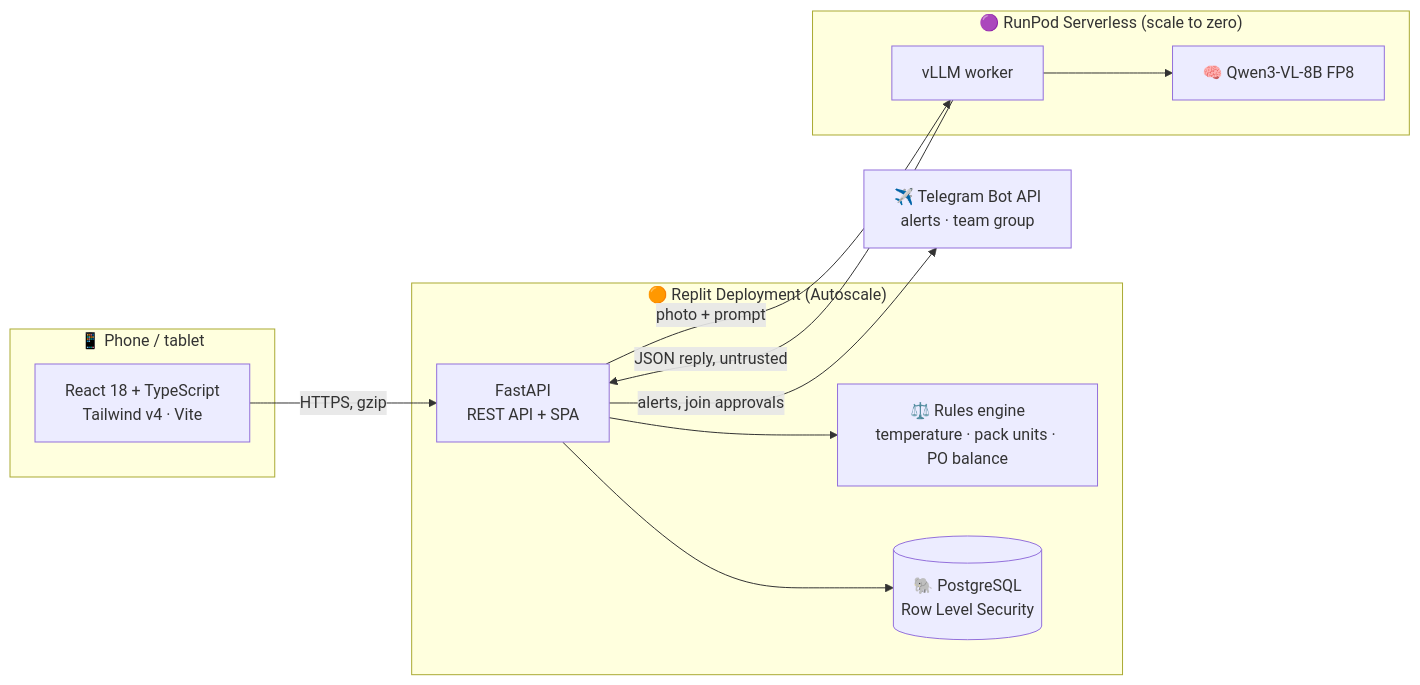
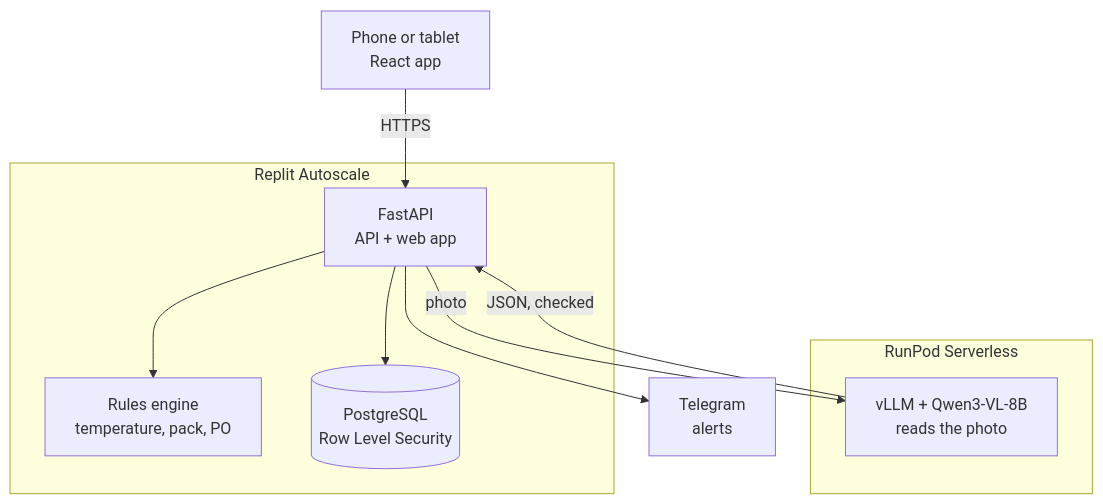
Before and after one commit to Dellrall/SOPBox: the diagram in README.md, drawn with Mermaid. The commit also changed other lines of this file, not shown here.

Commit message:
docs: README structure fits narrow screens, simpler architecture diagram, agent setup commands

````diff
--- a/README.md
+++ b/README.md
@@ -170,24 +171,20 @@
 ```mermaid
-flowchart LR
-  subgraph Client["📱 Phone / tablet"]
-    UI["React 18 + TypeScript<br/>Tailwind v4 · Vite"]
+flowchart TB
+  phone["Phone or tablet<br/>React app"]
+  subgraph replit["Replit Autoscale"]
+    api["FastAPI<br/>API + web app"]
+    rules["Rules engine<br/>temperature, pack, PO"]
+    db[("PostgreSQL<br/>Row Level Security")]
   end
-  subgraph Replit["🟠 Replit Deployment (Autoscale)"]
-    API["FastAPI<br/>REST API + SPA"]
-    RULES["⚖️ Rules engine<br/>temperature · pack units · PO balance"]
-    DB[("🐘 PostgreSQL<br/>Row Level Security")]
+  subgraph runpod["RunPod Serverless"]
+    model["vLLM + Qwen3-VL-8B<br/>reads the photo"]
   end
-  subgraph RunPod["🟣 RunPod Serverless (scale to zero)"]
-    VLLM["vLLM worker"]
-    VLM["🧠 Qwen3-VL-8B FP8"]
-  end
-  TG["✈️ Telegram Bot API<br/>alerts · team group"]
+  tg["Telegram<br/>alerts"]
 
-  UI -->|HTTPS, gzip| API
-  API --> RULES
-  API --> DB
-  API -->|photo + prompt| VLLM
-  VLLM --> VLM
-  VLLM -->|JSON reply, untrusted| API
-  API -->|alerts, join approvals| TG
+  phone -->|HTTPS| api
+  api --> rules
+  api --> db
+  api -->|photo| model
+  model -->|"JSON, checked"| api
+  api --> tg
 ```
````
